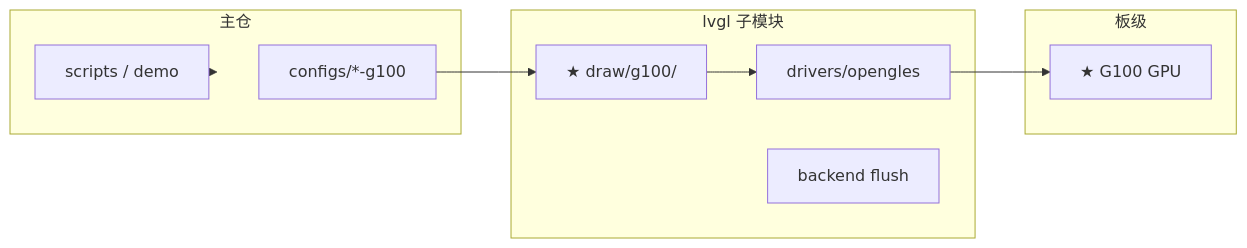
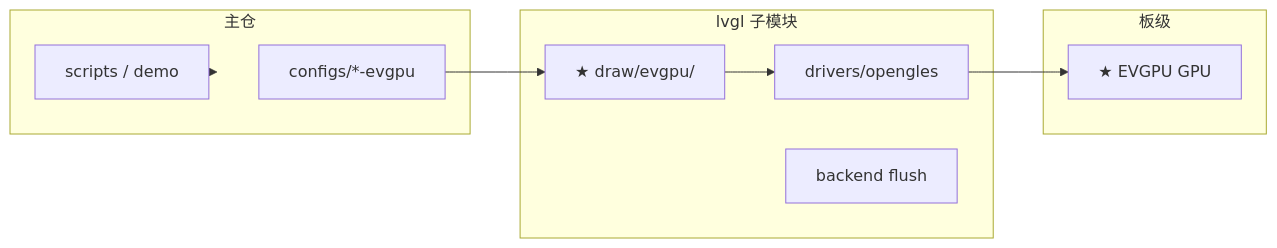
One commit to ganzhong007/lv_port_linux changed the fourth of 6 diagrams in docs/gles2_gpu_porting_plan.md. Above: the diagram before and after it, drawn with Mermaid. The commit also changed other lines of this file and 13 other files, not shown here.

First line of the commit message:
refactor(evgpu): rename G100 docs/configs/scripts to EVGPU

````diff
--- a/docs/gles2_gpu_porting_plan.md
+++ b/docs/gles2_gpu_porting_plan.md
@@ -155,17 +155,17 @@
 ```mermaid
 flowchart LR
     subgraph SUB["lvgl 子模块"]
-        S1["★ draw/g100/"]
+        S1["★ draw/evgpu/"]
         S2["drivers/opengles"]
         S3["backend flush"]
     end
     subgraph MAIN["主仓"]
-        M1["configs/*-g100"]
+        M1["configs/*-evgpu"]
         M2["scripts / demo"]
     end
     subgraph HW["板级"]
-        H["★ G100 GPU"]
+        H["★ EVGPU GPU"]
     end
     M1 --> S1 --> S2 --> H
     M2 --> MAIN
 ```
````
